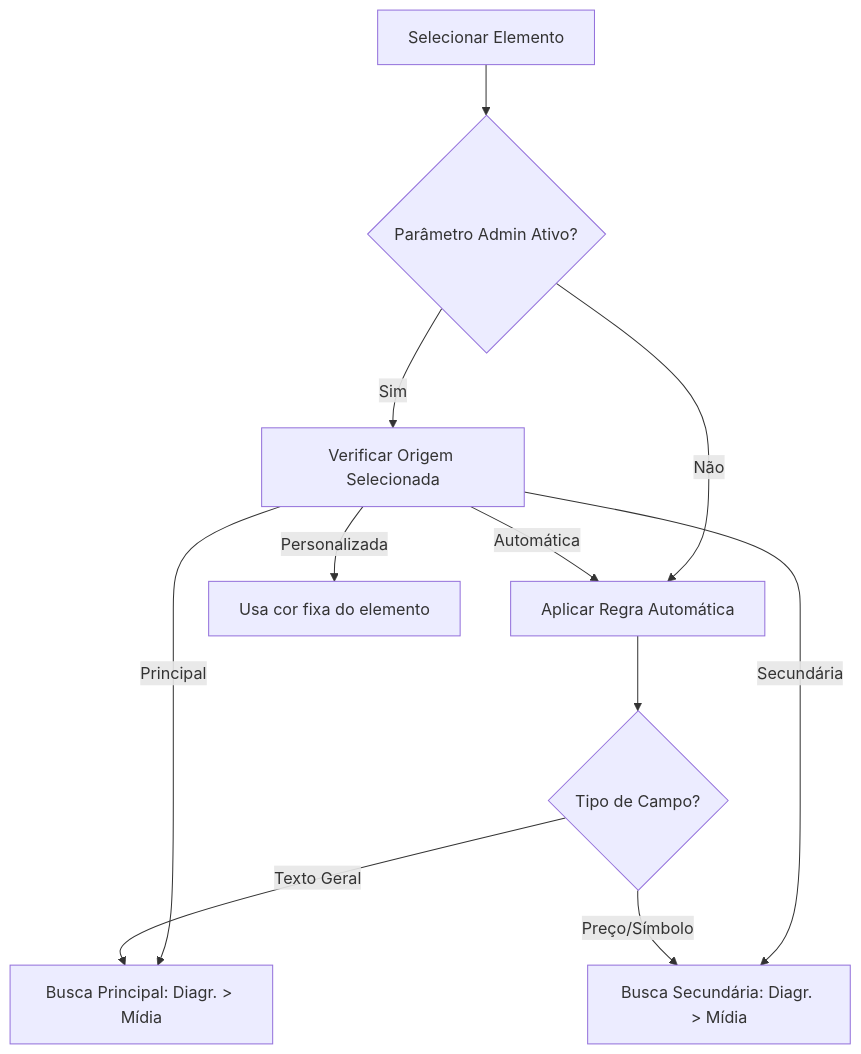
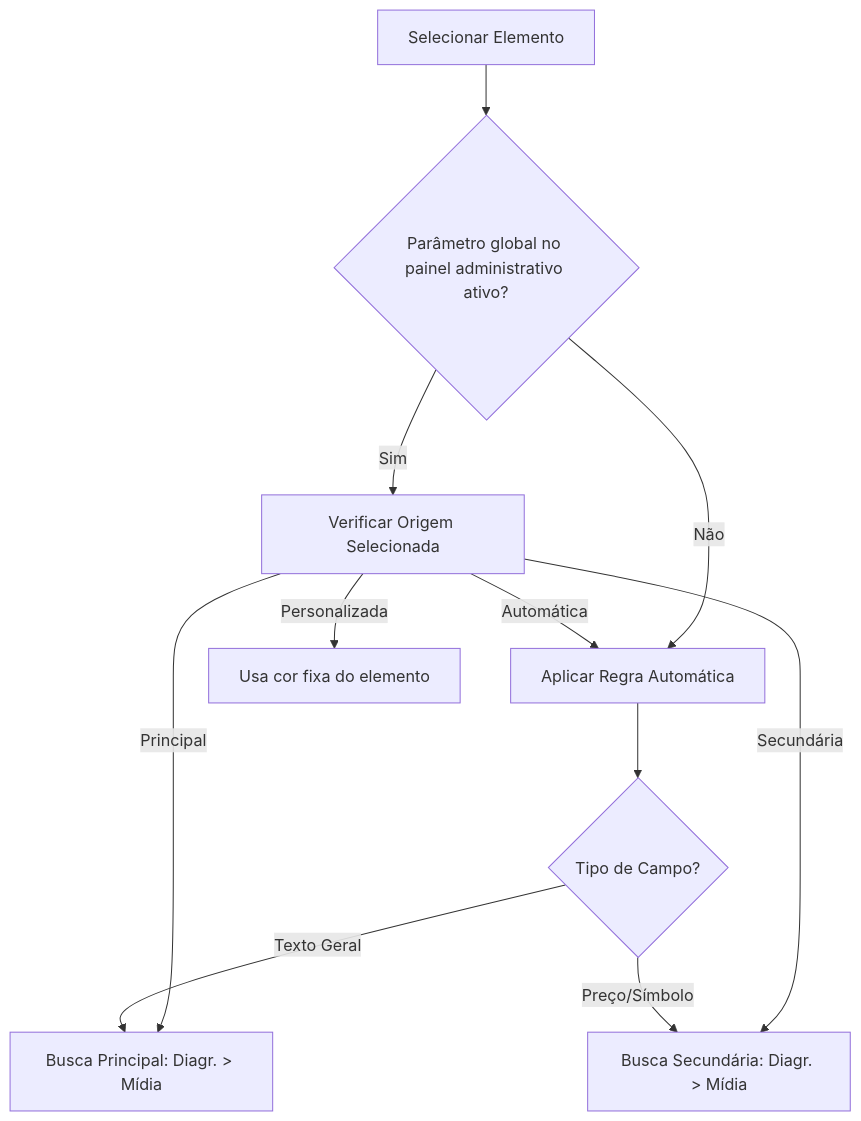
One commit to suporte552/documentacao changed the diagram in docs/Tutoriais/Como Funcionam as Cores nos Cards e Lâminas.md. Above: the diagram before and after it, drawn with Mermaid.

Commit message:
vault backup: 2026-04-17 15:55:15

````diff
--- a/docs/Tutoriais/Como Funcionam as Cores nos Cards e Lâminas.md
+++ b/docs/Tutoriais/Como Funcionam as Cores nos Cards e Lâminas.md
@@ -62,15 +62,15 @@
 ```mermaid
 graph TD
-    A[Selecionar Elemento] --> B{Parâmetro Admin Ativo?}
+    A[Selecionar Elemento] --> B{Parâmetro global no painel administrativo ativo?}
     B -- Sim --> C[Verificar Origem Selecionada]
     B -- Não --> D[Aplicar Regra Automática]
     
     C -- Automática --> D
     C -- Principal --> E[Busca Principal: Diagr. > Mídia]
     C -- Secundária --> F[Busca Secundária: Diagr. > Mídia]
     C -- Personalizada --> G[Usa cor fixa do elemento]
     
     D --> H{Tipo de Campo?}
     H -- Preço/Símbolo --> F
     H -- Texto Geral --> E
 ```
````
